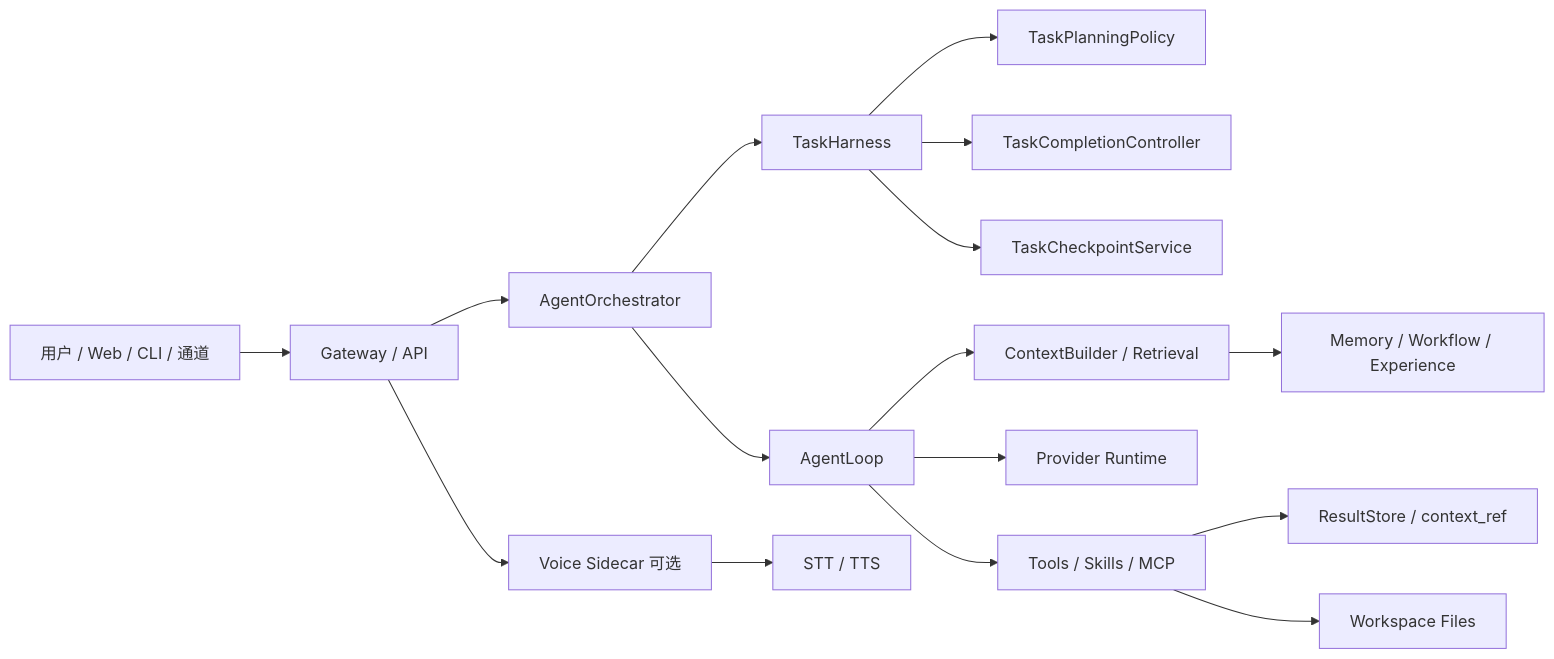
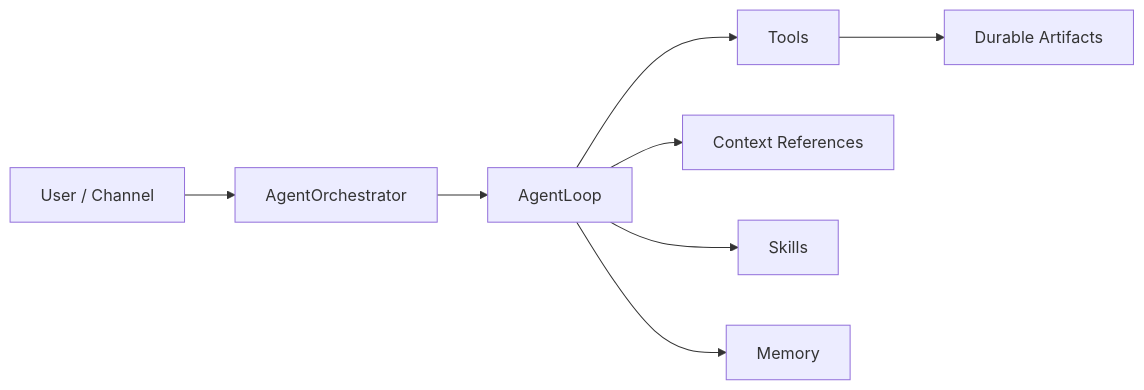
One commit to liushenling2001/JobClaw changed the diagram in README.md. Above: the diagram before and after it, drawn with Mermaid. The commit also changed other lines of this file and 111 other files, not shown here.

````diff
--- a/README.md
+++ b/README.md
@@ -25,18 +7,10 @@
 ```mermaid
 flowchart LR
-    User["用户 / Web / CLI / 通道"] --> Gateway["Gateway / API"]
-    Gateway --> Orchestrator["AgentOrchestrator"]
-    Orchestrator --> Harness["TaskHarness"]
-    Harness --> Planner["TaskPlanningPolicy"]
-    Harness --> Completion["TaskCompletionController"]
-    Harness --> Checkpoint["TaskCheckpointService"]
+    User["User / Channel"] --> Orchestrator["AgentOrchestrator"]
     Orchestrator --> Loop["AgentLoop"]
-    Loop --> Context["ContextBuilder / Retrieval"]
-    Context --> Memory["Memory / Workflow / Experience"]
-    Loop --> LLM["Provider Runtime"]
-    Loop --> Tools["Tools / Skills / MCP"]
-    Tools --> ResultStore["ResultStore / context_ref"]
-    Tools --> Files["Workspace Files"]
-    Gateway --> Voice["Voice Sidecar 可选"]
-    Voice --> Speech["STT / TTS"]
+    Loop --> Tools["Tools"]
+    Loop --> ContextRefs["Context References"]
+    Loop --> Skills["Skills"]
+    Loop --> Memory["Memory"]
+    Tools --> Artifacts["Durable Artifacts"]
 ```
````
